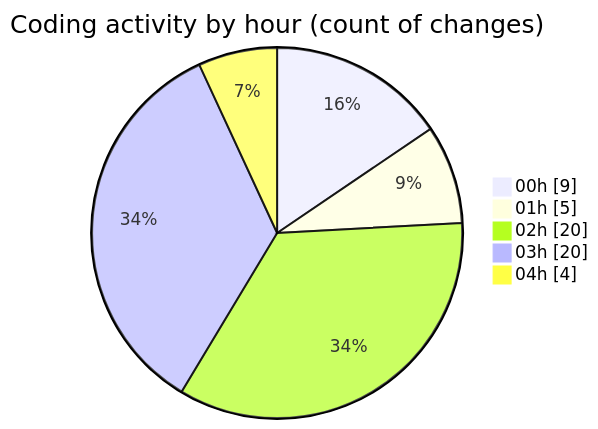
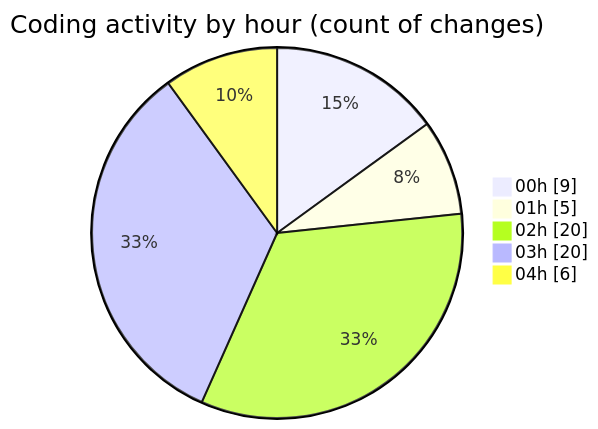
One commit to lephambinh05/code-tracking changed the second of 2 diagrams in 2025-08-05/studybuddy/README.md. Above: the diagram before and after it, drawn with Mermaid. The commit also changed other lines of this file and 1 other file, not shown here.

````diff
--- a/2025-08-05/studybuddy/README.md
+++ b/2025-08-05/studybuddy/README.md
@@ -50,9 +51,9 @@
 ```mermaid
 pie showData
 title Coding activity by hour (count of changes)
 "00h" : 9
 "01h" : 5
 "02h" : 20
 "03h" : 20
-"04h" : 4
+"04h" : 6
 ```
````
